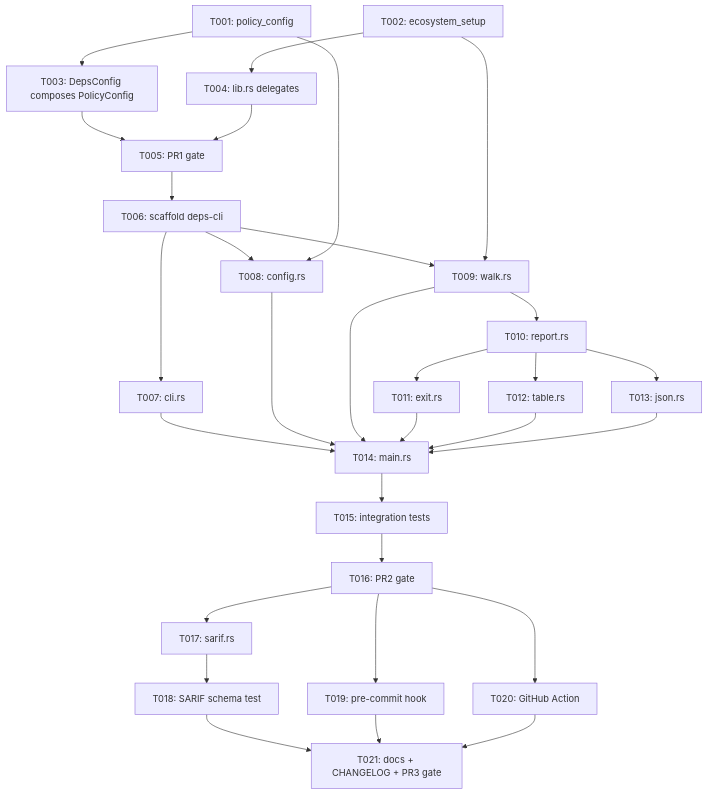
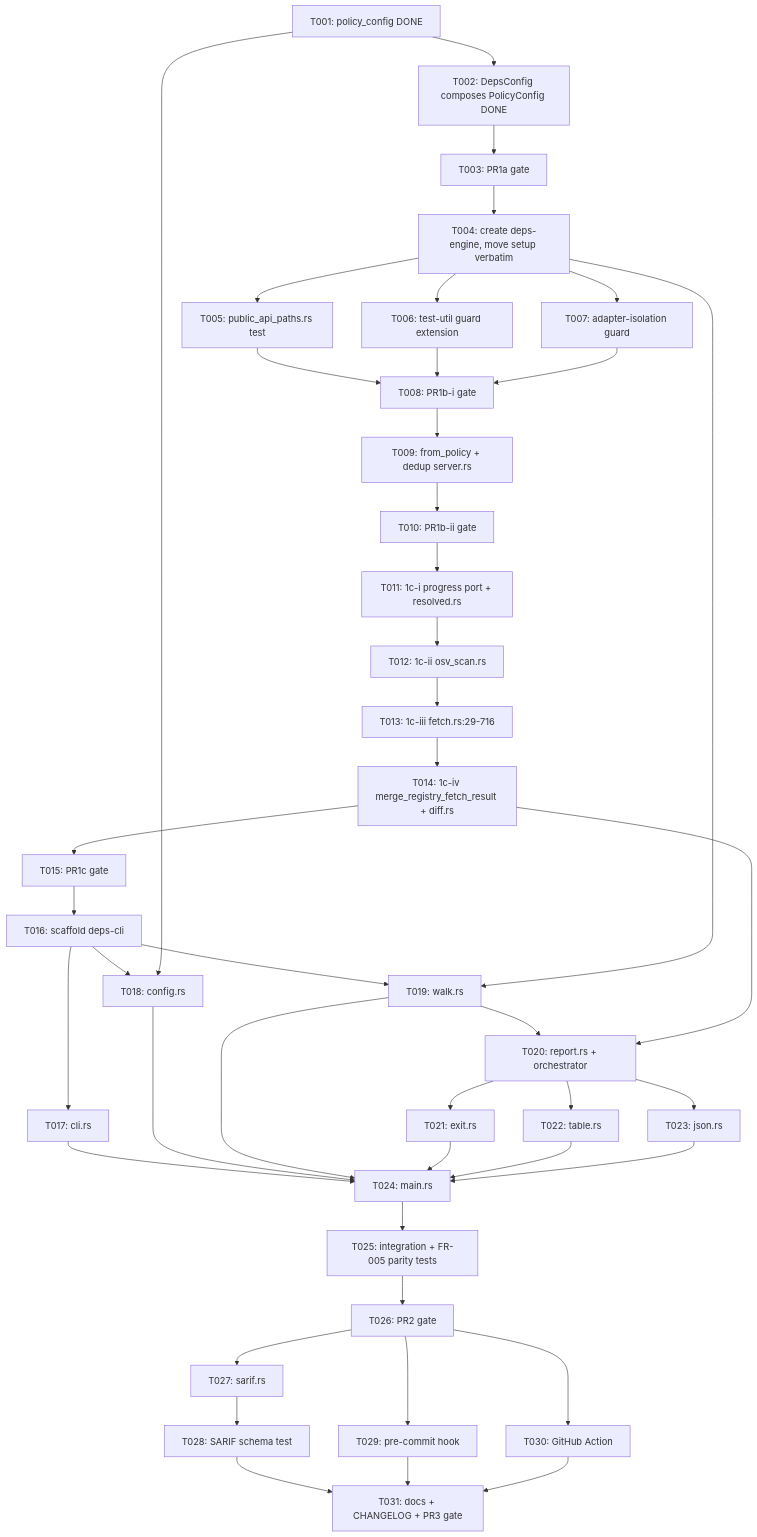
The diagram in specs/062-cli-check-mode/tasks.md (bug-ops/deps-lsp), drawn with Mermaid before and after one commit. The commit also changed other lines of this file and 4 other files, not shown here.

````diff
--- a/specs/062-cli-check-mode/tasks.md
+++ b/specs/062-cli-check-mode/tasks.md
@@ -53,32 +78,45 @@
 ```mermaid
 graph TD
-    T001[T001: policy_config] --> T003[T003: DepsConfig composes PolicyConfig]
-    T002[T002: ecosystem_setup] --> T004[T004: lib.rs delegates]
-    T003 --> T005[T005: PR1 gate]
-    T004 --> T005
-    T005 --> T006[T006: scaffold deps-cli]
-    T006 --> T007[T007: cli.rs]
-    T006 --> T008[T008: config.rs]
-    T001 --> T008
-    T006 --> T009[T009: walk.rs]
-    T002 --> T009
-    T009 --> T010[T010: report.rs]
-    T010 --> T011[T011: exit.rs]
-    T010 --> T012[T012: table.rs]
-    T010 --> T013[T013: json.rs]
-    T007 --> T014[T014: main.rs]
-    T008 --> T014
-    T009 --> T014
-    T011 --> T014
-    T012 --> T014
-    T013 --> T014
-    T014 --> T015[T015: integration tests]
-    T015 --> T016[T016: PR2 gate]
-    T016 --> T017[T017: sarif.rs]
-    T017 --> T018[T018: SARIF schema test]
-    T016 --> T019[T019: pre-commit hook]
-    T016 --> T020[T020: GitHub Action]
-    T018 --> T021[T021: docs + CHANGELOG + PR3 gate]
-    T019 --> T021
-    T020 --> T021
+    T001[T001: policy_config DONE] --> T002[T002: DepsConfig composes PolicyConfig DONE]
+    T002 --> T003[T003: PR1a gate]
+    T003 --> T004[T004: create deps-engine, move setup verbatim]
+    T004 --> T005[T005: public_api_paths.rs test]
+    T004 --> T006[T006: test-util guard extension]
+    T004 --> T007[T007: adapter-isolation guard]
+    T005 --> T008[T008: PR1b-i gate]
+    T006 --> T008
+    T007 --> T008
+    T008 --> T009[T009: from_policy + dedup server.rs]
+    T009 --> T010[T010: PR1b-ii gate]
+    T010 --> T011[T011: 1c-i progress port + resolved.rs]
+    T011 --> T012[T012: 1c-ii osv_scan.rs]
+    T012 --> T013[T013: 1c-iii fetch.rs:29-716]
+    T013 --> T014[T014: 1c-iv merge_registry_fetch_result + diff.rs]
+    T014 --> T015[T015: PR1c gate]
+    T015 --> T016[T016: scaffold deps-cli]
+    T016 --> T017[T017: cli.rs]
+    T016 --> T018[T018: config.rs]
+    T001 --> T018
+    T016 --> T019[T019: walk.rs]
+    T004 --> T019
+    T019 --> T020[T020: report.rs + orchestrator]
+    T014 --> T020
+    T020 --> T021[T021: exit.rs]
+    T020 --> T022[T022: table.rs]
+    T020 --> T023[T023: json.rs]
+    T017 --> T024[T024: main.rs]
+    T018 --> T024
+    T019 --> T024
+    T021 --> T024
+    T022 --> T024
+    T023 --> T024
+    T024 --> T025[T025: integration + FR-005 parity tests]
+    T025 --> T026[T026: PR2 gate]
+    T026 --> T027[T027: sarif.rs]
+    T027 --> T028[T028: SARIF schema test]
+    T026 --> T029[T029: pre-commit hook]
+    T026 --> T030[T030: GitHub Action]
+    T028 --> T031[T031: docs + CHANGELOG + PR3 gate]
+    T029 --> T031
+    T030 --> T031
 ```
````
